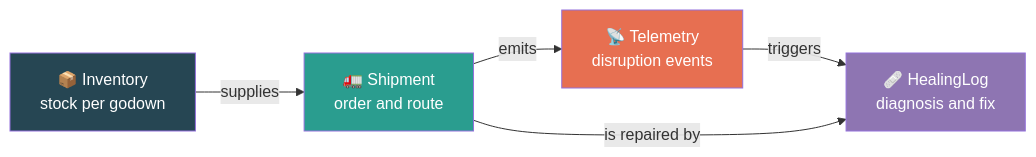
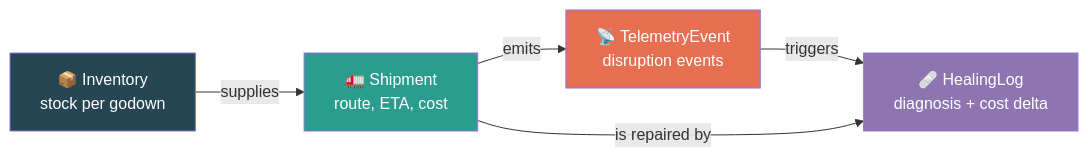
Before and after one commit to vicky-510/A2V-Logistics: the fifth of 5 diagrams in README.md, drawn with Mermaid. The commit also changed other lines of this file, not shown here.

First line of the commit message:
Fix README architecture diagrams and reference tables to match the real build

````diff
--- a/README.md
+++ b/README.md
@@ -340,12 +329,12 @@
 ```mermaid
 flowchart LR
-    INV["📦 Inventory<br/>stock per godown"] -->|supplies| SHP["🚛 Shipment<br/>order and route"]
-    SHP -->|emits| TEL["📡 Telemetry<br/>disruption events"]
-    TEL -->|triggers| HL["🩹 HealingLog<br/>diagnosis and fix"]
+    INV["📦 Inventory<br/>stock per godown"] -->|supplies| SHP["🚛 Shipment<br/>route, ETA, cost"]
+    SHP -->|emits| TEL["📡 TelemetryEvent<br/>disruption events"]
+    TEL -->|triggers| HL["🩹 HealingLog<br/>diagnosis + cost delta"]
     SHP -->|is repaired by| HL
 
     style INV fill:#264653,color:#fff
     style SHP fill:#2a9d8f,color:#fff
     style TEL fill:#e76f51,color:#fff
     style HL fill:#8E75B2,color:#fff
 ```
````
